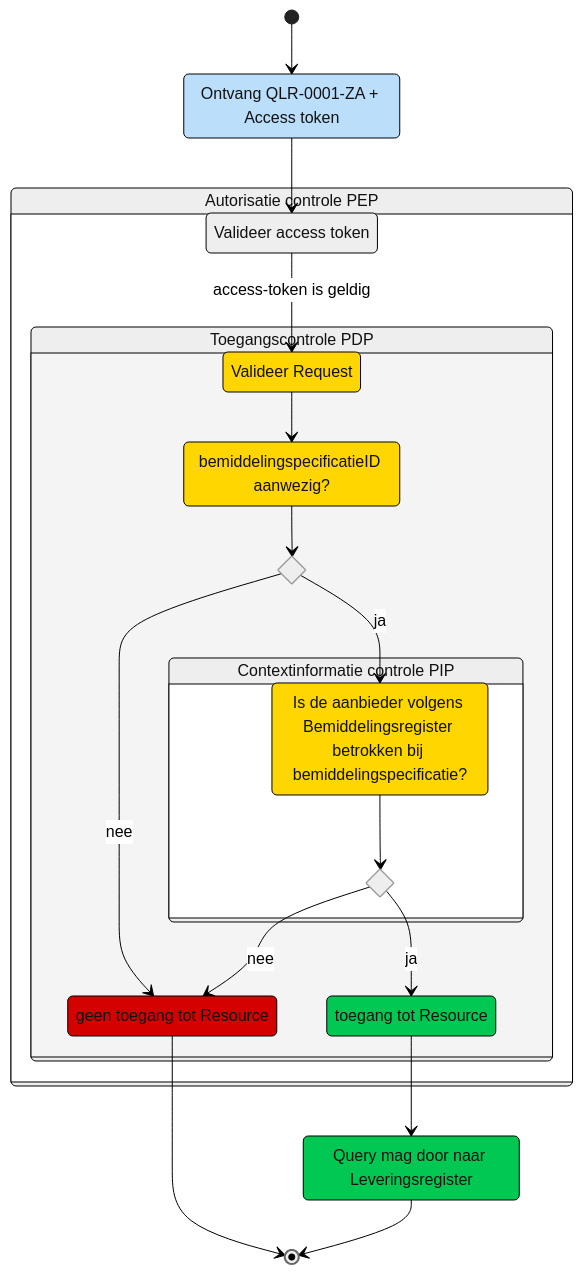
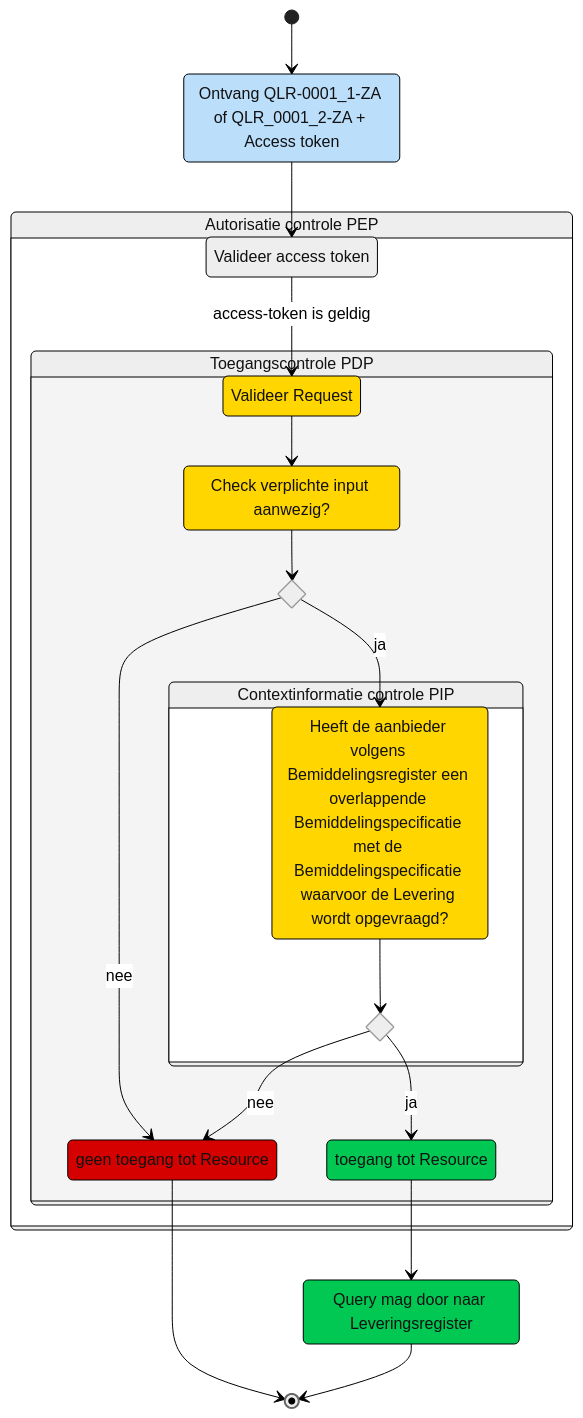
One commit to iStandaarden/iWlz-levering changed the diagram in raadplegen/aanbieder/UCLR-0001-toegangscontrole.md. Above: the diagram before and after it, drawn with Mermaid. The commit also changed other lines of this file and 1 other file, not shown here.

````diff
--- a/raadplegen/aanbieder/UCLR-0001-toegangscontrole.md
+++ b/raadplegen/aanbieder/UCLR-0001-toegangscontrole.md
@@ -65,56 +70,56 @@
 ```mermaid
 ---
 config:
   theme: neutral
   look: classic
 ---
 stateDiagram
   direction TB
   [*] -->  indienen
   indienen --> validerenT
   state PEP {
     direction TB
 
     validerenT --> validerenR: access-token is geldig
     state PDP {
     validerenR --> checkInput01
     state check01 <<choice>>
     checkInput01 --> check01
 
     check01 --> checkInput02:ja
     check01 --> error:nee
     state PIP {
         state check02 <<choice>>
         checkInput02 --> check02
         check02 --> error:nee
         check02 --> access:ja
         }
     error
     access
     }
 
   }
 
   error --> [*]
   access --> resource
   resource --> [*]
   
   PEP:Autorisatie controle PEP
   PDP:Toegangscontrole PDP
   PIP:Contextinformatie controle PIP
-  indienen: Ontvang QLR-0001-ZA + Access token
+  indienen: Ontvang QLR-0001_1-ZA of QLR_0001_2-ZA + Access token
   validerenT: Valideer access token
   validerenR: Valideer Request
-  checkInput01:bemiddelingspecificatieID aanwezig?
-  checkInput02:Is de aanbieder volgens Bemiddelingsregister betrokken bij bemiddelingspecificatie?
+  checkInput01:Check verplichte input aanwezig?
+  checkInput02:Heeft de aanbieder volgens Bemiddelingsregister een overlappende Bemiddelingspecificatie met de Bemiddelingspecificatie waarvoor de Levering wordt opgevraagd?
   error:geen toegang tot Resource
 
   access:toegang tot Resource
   resource: Query mag door naar Leveringsregister
   style validerenR,checkInput01,checkInput02 fill:#FFD600
   style valideer2 fill:#C8E6C9
   style error fill:#D50000
   style access,Query,resource fill:#00C853
   style indienen fill:#BBDEFB,color:none
 
 ```
````
